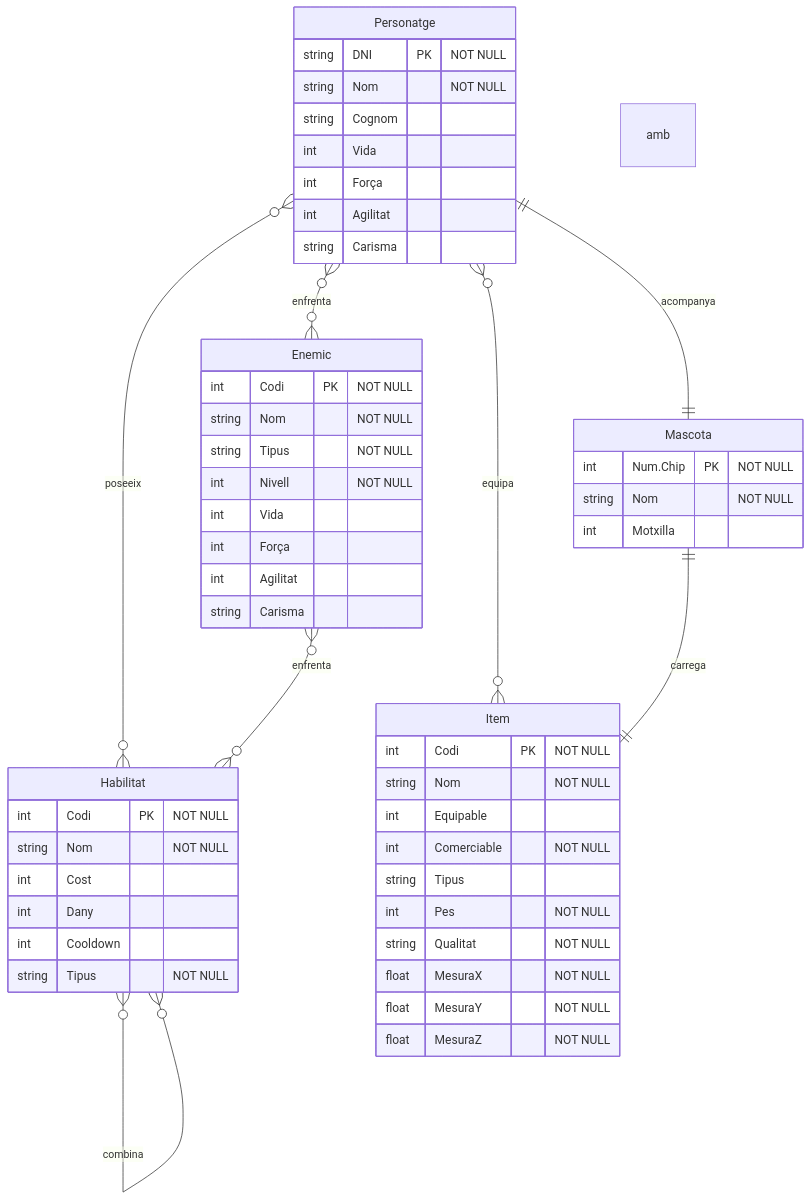
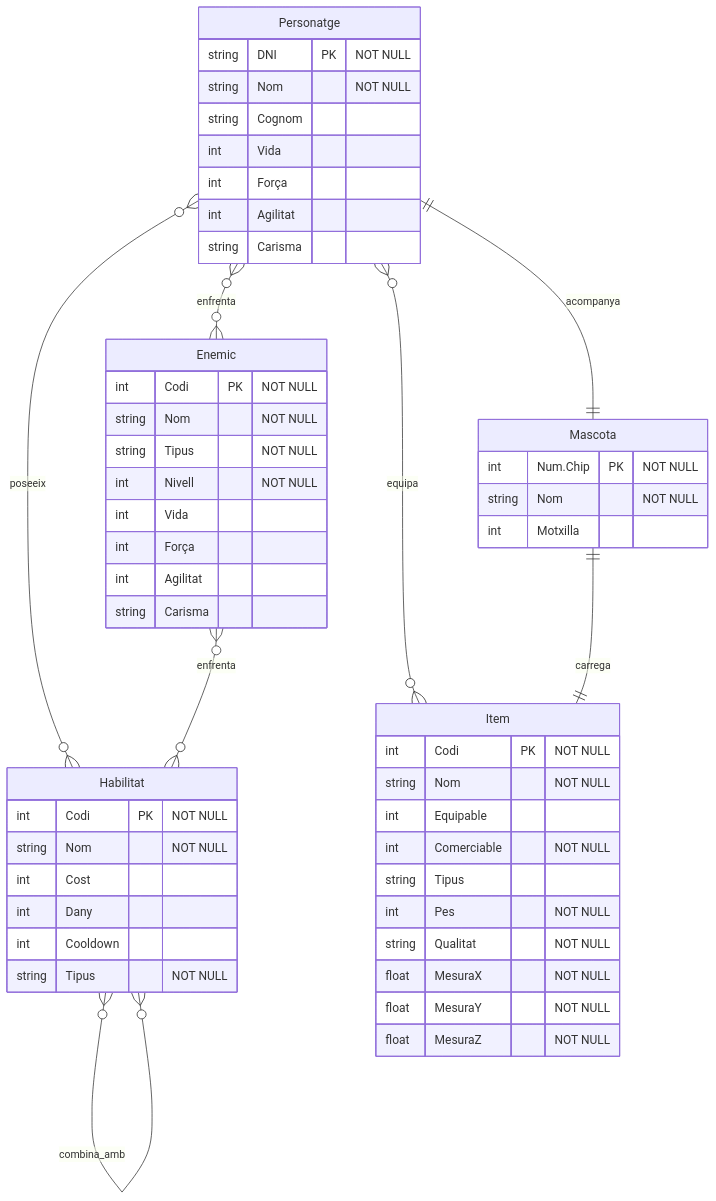
The diagram in GBD/activitat-02-diagrama-er/diagrama-er-mermaid.md (ay-mma-n/lliuraments-2627), drawn with Mermaid before and after one commit.

````diff
--- a/GBD/activitat-02-diagrama-er/diagrama-er-mermaid.md
+++ b/GBD/activitat-02-diagrama-er/diagrama-er-mermaid.md
@@ -1,54 +1,54 @@
 ```mermaid
 erDiagram
     Personatge {
         string DNI PK "NOT NULL"
         string Nom "NOT NULL"
         string Cognom
         int Vida
         int Força
         int Agilitat
         string Carisma
     }
     Habilitat {
         int Codi PK "NOT NULL"
         string Nom "NOT NULL"
         int Cost
         int Dany
         int Cooldown
         string Tipus "NOT NULL"
     }
     Item {
         int Codi PK "NOT NULL"
         string Nom "NOT NULL"
         int Equipable
         int Comerciable "NOT NULL"
         string Tipus
         int Pes "NOT NULL"
         string Qualitat "NOT NULL"
         float MesuraX "NOT NULL"  
         float MesuraY "NOT NULL"
         float MesuraZ "NOT NULL"
     }
     Mascota {
         int Num.Chip PK "NOT NULL"
         string Nom "NOT NULL"
         int Motxilla
     }
     Enemic {
         int Codi PK "NOT NULL"
         string Nom "NOT NULL"
         string Tipus "NOT NULL"
         int Nivell "NOT NULL"
         int Vida
         int Força
         int Agilitat
         string Carisma
     }
-    Habilitat }o--o{ Habilitat : combina amb
+    Habilitat }o--o{ Habilitat : combina_amb
     Personatge }o--o{ Habilitat : poseeix
     Personatge }o--o{ Item : equipa
     Personatge ||--|| Mascota : acompanya
     Mascota ||--|| Item : carrega
     Enemic }o--o{ Habilitat : enfrenta
     Personatge }o--o{ Enemic : enfrenta
 ```
````
